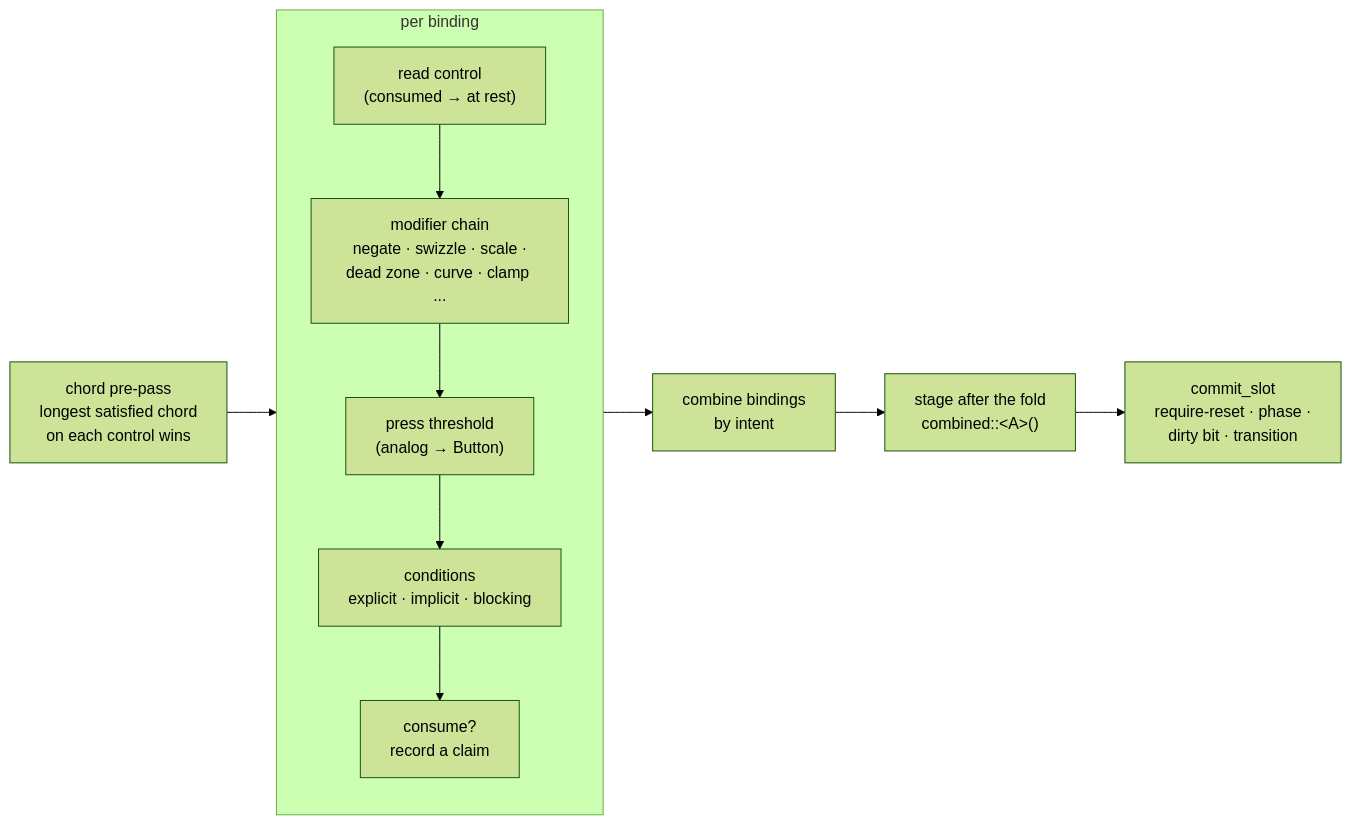
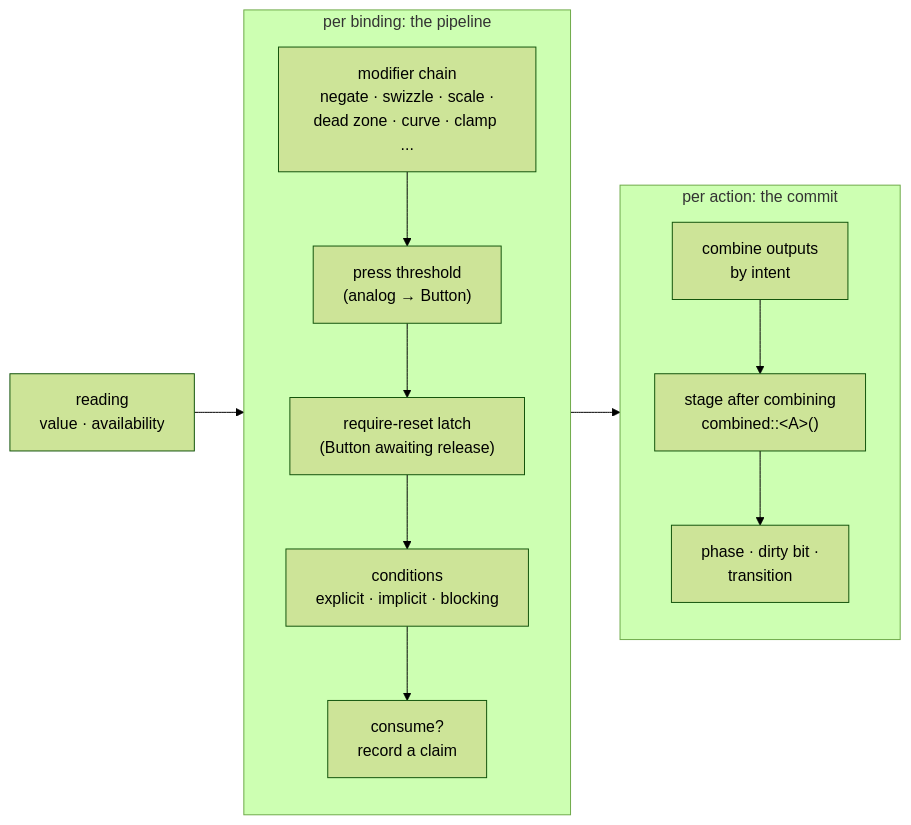
One commit to viridia/bevy_action_map changed the fifth of 16 diagrams in docs/architecture.md. Above: the diagram before and after it, drawn with Mermaid (forest theme). The commit also changed other lines of this file and 5 other files, not shown here.

````diff
--- a/docs/architecture.md
+++ b/docs/architecture.md
@@ -210,14 +222,17 @@
 ```mermaid
 flowchart LR
-    pre["chord pre-pass<br/>longest satisfied chord<br/>on each control wins"] --> bind
-    subgraph bind["per binding"]
+    reading["reading<br/>value · availability"] --> pipe
+    subgraph pipe["per binding: the pipeline"]
         direction TB
-        read["read control<br/>(consumed → at rest)"] --> mods["modifier chain<br/>negate · swizzle · scale ·<br/>dead zone · curve · clamp ..."]
-        mods --> thr["press threshold<br/>(analog → Button)"]
-        thr --> cond["conditions<br/>explicit · implicit · blocking"]
+        mods["modifier chain<br/>negate · swizzle · scale ·<br/>dead zone · curve · clamp ..."] --> thr["press threshold<br/>(analog → Button)"]
+        thr --> rr["require-reset latch<br/>(Button awaiting release)"]
+        rr --> cond["conditions<br/>explicit · implicit · blocking"]
         cond --> cons["consume?<br/>record a claim"]
     end
-    bind --> fold["combine bindings<br/>by intent"]
-    fold --> stage["stage after the fold<br/>combined::&lt;A&gt;()"]
-    stage --> commit["commit_slot<br/>require-reset · phase ·<br/>dirty bit · transition"]
+    pipe --> commit
+    subgraph commit["per action: the commit"]
+        direction TB
+        comb["combine outputs<br/>by intent"] --> stage["stage after combining<br/>combined::&lt;A&gt;()"]
+        stage --> phase["phase · dirty bit ·<br/>transition"]
+    end
 ```
````
